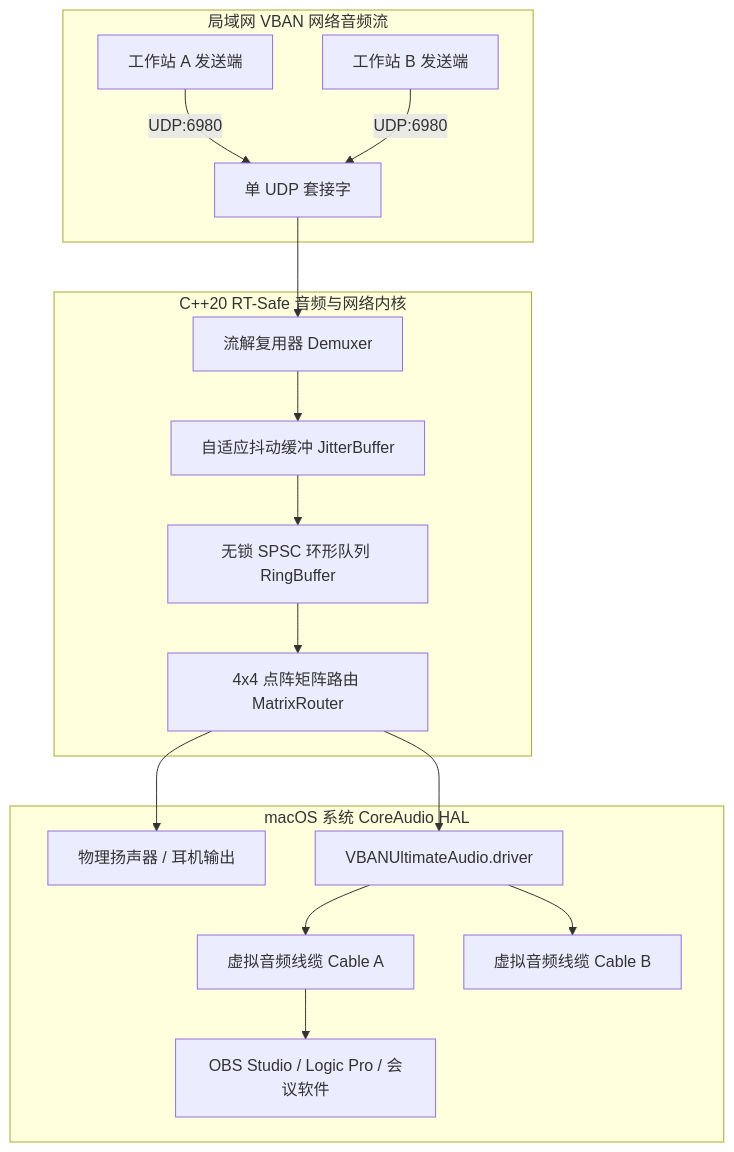
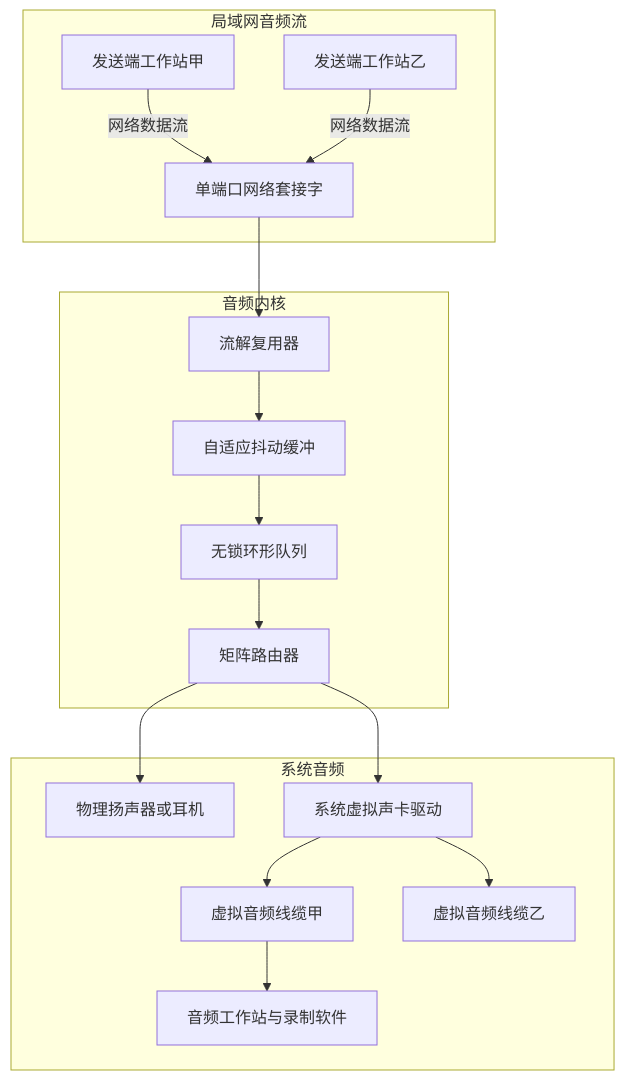
Before and after one commit to yourpapayouknow/VbanUltimateforiwmei: the diagram in README.md, drawn with Mermaid. The commit also changed other lines of this file and 1 other file, not shown here.

````diff
--- a/README.md
+++ b/README.md
@@ -84,22 +84,22 @@
 ```mermaid
 graph TD
-    subgraph LAN [局域网 VBAN 网络音频流]
-        PC1[工作站 A 发送端] -->|UDP:6980| SOCK[单 UDP 套接字]
-        PC2[工作站 B 发送端] -->|UDP:6980| SOCK
+    subgraph 局域网音频流
+        PC1[发送端工作站甲] -->|网络数据流| SOCK[单端口网络套接字]
+        PC2[发送端工作站乙] -->|网络数据流| SOCK
     end
 
-    subgraph Core [C++20 RT-Safe 音频与网络内核]
-        SOCK --> DMX[流解复用器 Demuxer]
-        DMX --> JB[自适应抖动缓冲 JitterBuffer]
-        JB --> RB[无锁 SPSC 环形队列 RingBuffer]
-        RB --> RTR[4x4 点阵矩阵路由 MatrixRouter]
+    subgraph 音频内核
+        SOCK --> DMX[流解复用器]
+        DMX --> JB[自适应抖动缓冲]
+        JB --> RB[无锁环形队列]
+        RB --> RTR[矩阵路由器]
     end
 
-    subgraph macOS [macOS 系统 CoreAudio HAL]
-        RTR --> SPK[物理扬声器 / 耳机输出]
-        RTR --> DRV[VBANUltimateAudio.driver]
-        DRV --> CBL1[虚拟音频线缆 Cable A]
-        DRV --> CBL2[虚拟音频线缆 Cable B]
-        CBL1 --> OBS[OBS Studio / Logic Pro / 会议软件]
+    subgraph 系统音频
+        RTR --> SPK[物理扬声器或耳机]
+        RTR --> DRV[系统虚拟声卡驱动]
+        DRV --> CBL1[虚拟音频线缆甲]
+        DRV --> CBL2[虚拟音频线缆乙]
+        CBL1 --> OBS[音频工作站与录制软件]
     end
 ```
````
